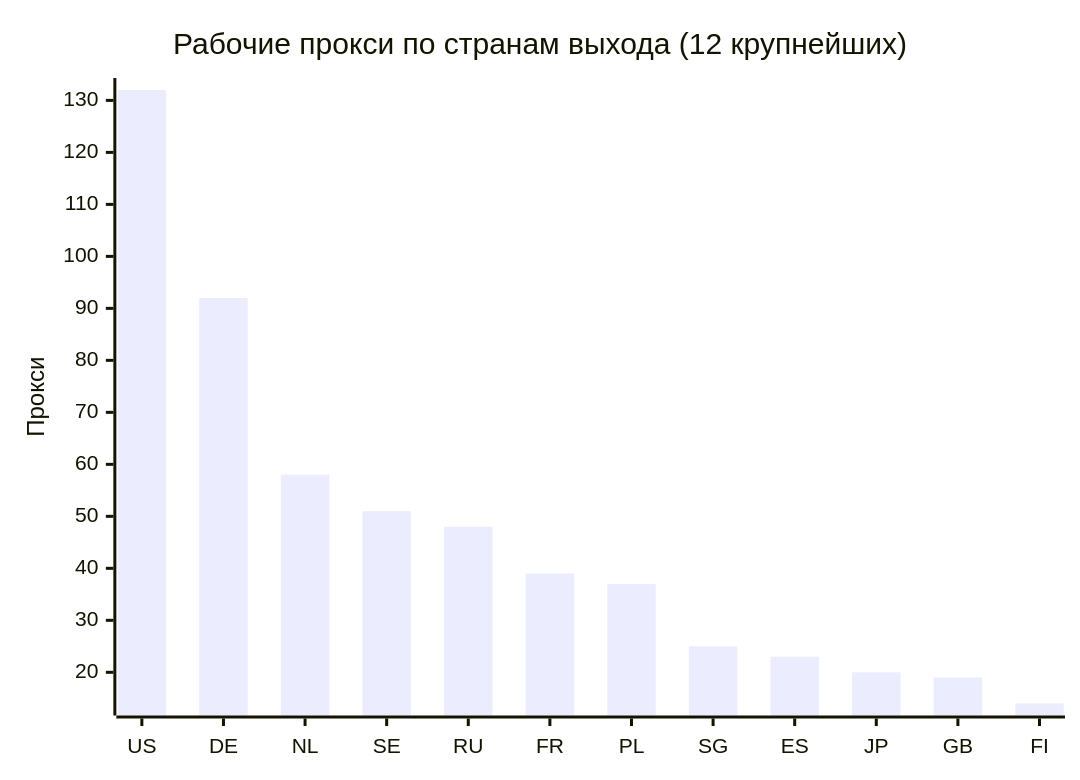
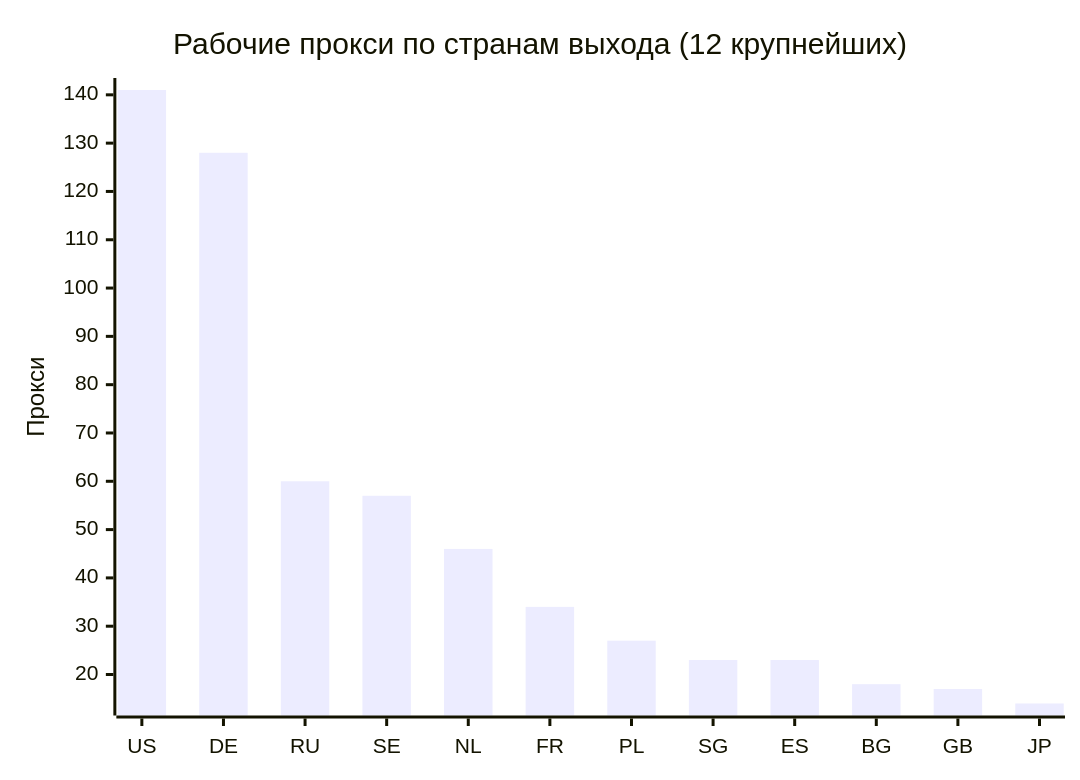
The second of 4 diagrams in README.md (rvvg/proxy-subs), drawn with Mermaid before and after one commit. The commit also changed other lines of this file and 46 other files, not shown here.

````diff
--- a/README.md
+++ b/README.md
@@ -126,7 +125,7 @@
 ```mermaid
 xychart-beta
     title "Рабочие прокси по странам выхода (12 крупнейших)"
-    x-axis ["US", "DE", "NL", "SE", "RU", "FR", "PL", "SG", "ES", "JP", "GB", "FI"]
+    x-axis ["US", "DE", "RU", "SE", "NL", "FR", "PL", "SG", "ES", "BG", "GB", "JP"]
     y-axis "Прокси"
-    bar [132, 92, 58, 51, 48, 39, 37, 25, 23, 20, 19, 14]
+    bar [141, 128, 60, 57, 46, 34, 27, 23, 23, 18, 17, 14]
 ```
````
